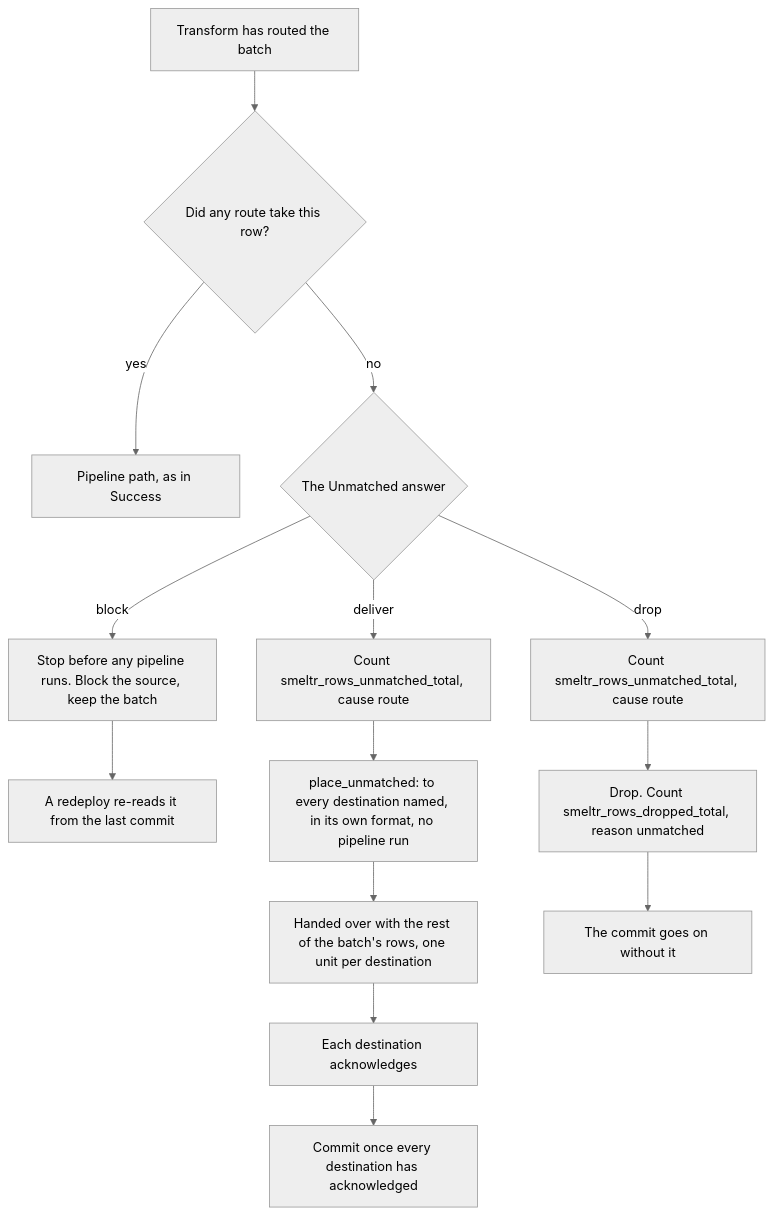
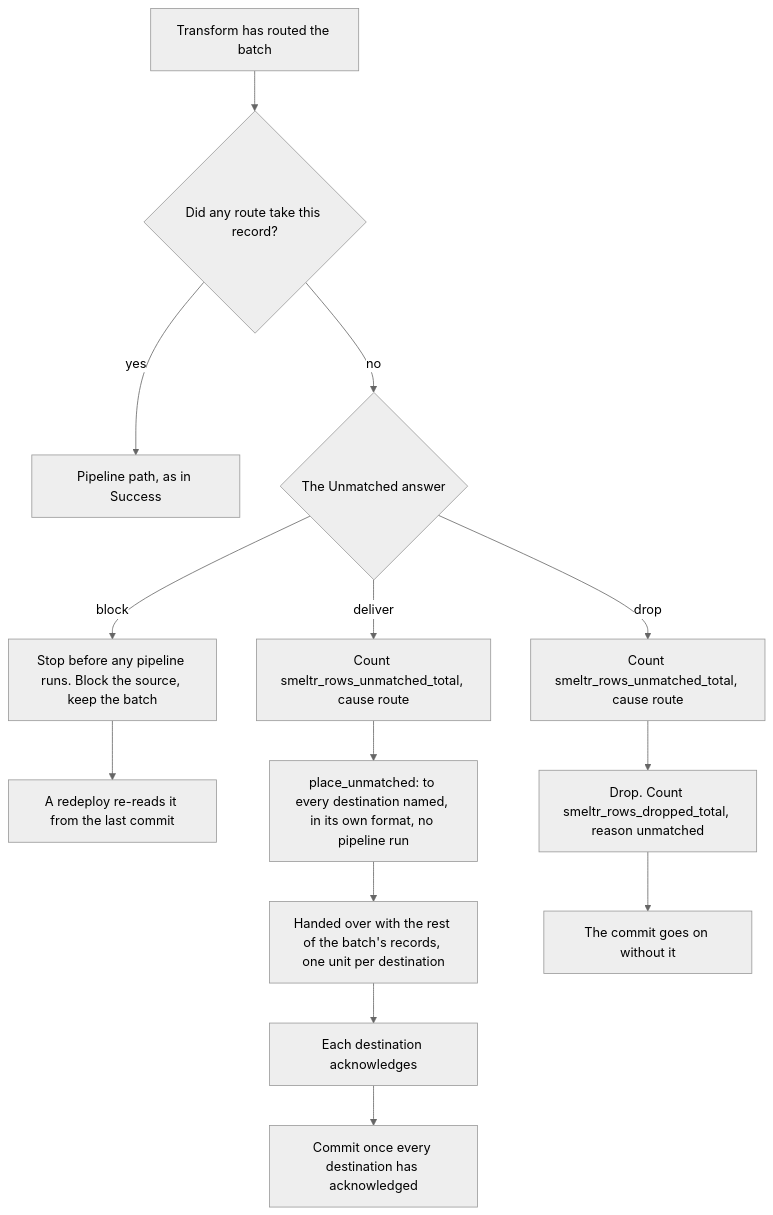
Before and after one commit to smeltr-sh/smeltr: the second of 6 diagrams in docs/data-paths.md, drawn with Mermaid (neutral theme). The commit also changed other lines of this file and 16 other files, not shown here.

First line of the commit message:
docs: record, not row, where docs/ means what is processed or sent (#1017)

````diff
--- a/docs/data-paths.md
+++ b/docs/data-paths.md
@@ -64,16 +64,16 @@
 ```mermaid
 flowchart TD
-  A["Transform has routed the batch"] --> B{"Did any route take this row?"}
+  A["Transform has routed the batch"] --> B{"Did any route take this record?"}
   B -- yes --> P["Pipeline path, as in Success"]
   B -- no --> D{"The Unmatched answer"}
   D -- block --> Q["Stop before any pipeline runs. Block the source, keep the batch"]
   Q --> R["A redeploy re-reads it from the last commit"]
   D -- drop --> C["Count smeltr_rows_unmatched_total, cause route"]
   C --> X["Drop. Count smeltr_rows_dropped_total, reason unmatched"]
   D -- deliver --> C2["Count smeltr_rows_unmatched_total, cause route"]
   C2 --> F["place_unmatched: to every destination named, in its own format, no pipeline run"]
-  F --> G["Handed over with the rest of the batch's rows, one unit per destination"]
+  F --> G["Handed over with the rest of the batch's records, one unit per destination"]
   G --> H["Each destination acknowledges"]
   H --> K["Commit once every destination has acknowledged"]
   X --> K2["The commit goes on without it"]
 ```
````
